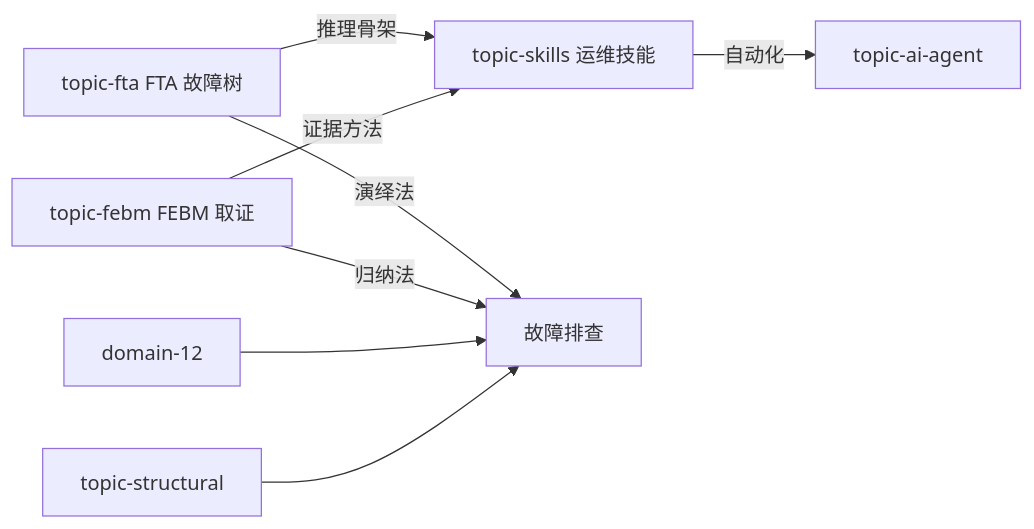
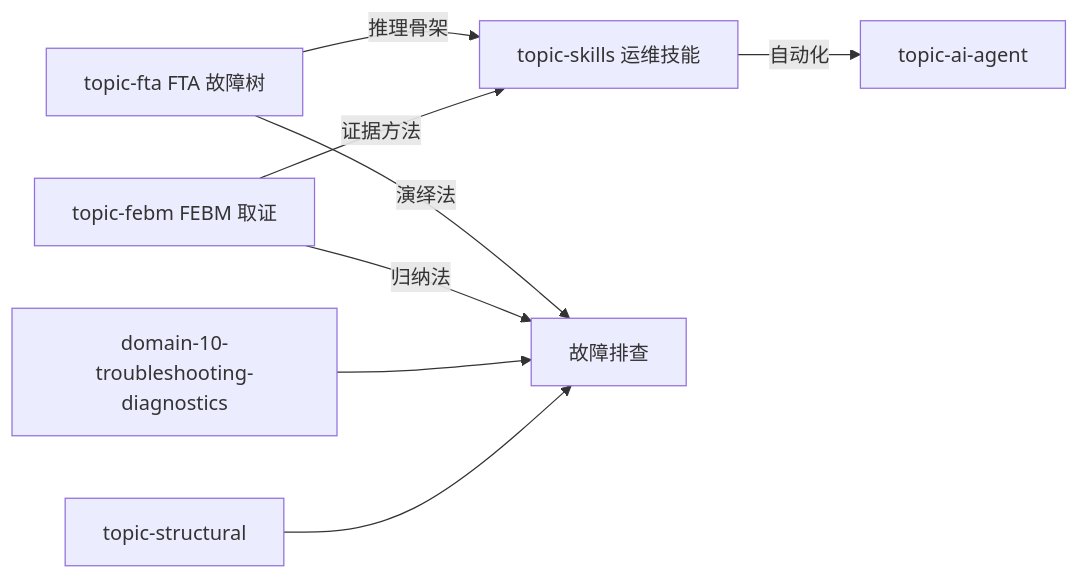
The second of 3 diagrams in metadata/knowledge-map.md (kudig-io/kudig-database), drawn with Mermaid before and after one commit. The commit also changed other lines of this file and 8283 other files, not shown here.

````diff
--- a/metadata/knowledge-map.md
+++ b/metadata/knowledge-map.md
@@ -64,10 +66,10 @@
 ```mermaid
 graph LR
     FTA[topic-fta FTA 故障树] --> |推理骨架| SKILLS[topic-skills 运维技能]
     FEBM[topic-febm FEBM 取证] --> |证据方法| SKILLS
     FTA --> |演绎法| TS[故障排查]
     FEBM --> |归纳法| TS
-    TS12[domain-12] --> TS
+    TS12[domain-10-troubleshooting-diagnostics] --> TS
     STS[topic-structural] --> TS
     SKILLS --> |自动化| AGENT[topic-ai-agent]
 ```
````
